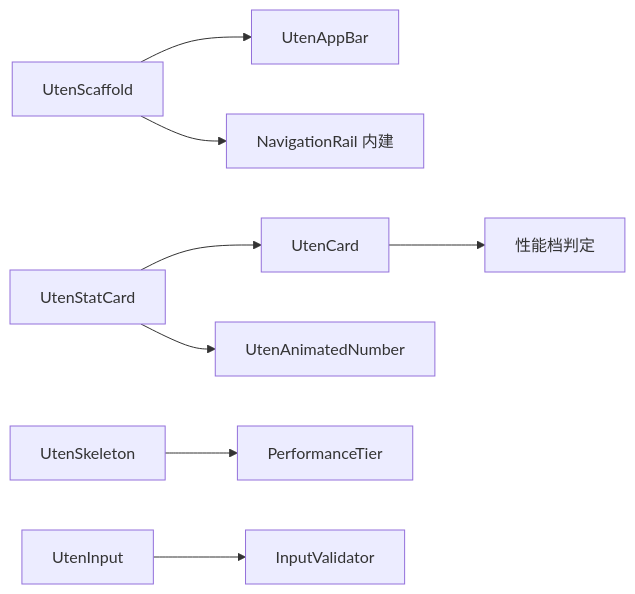
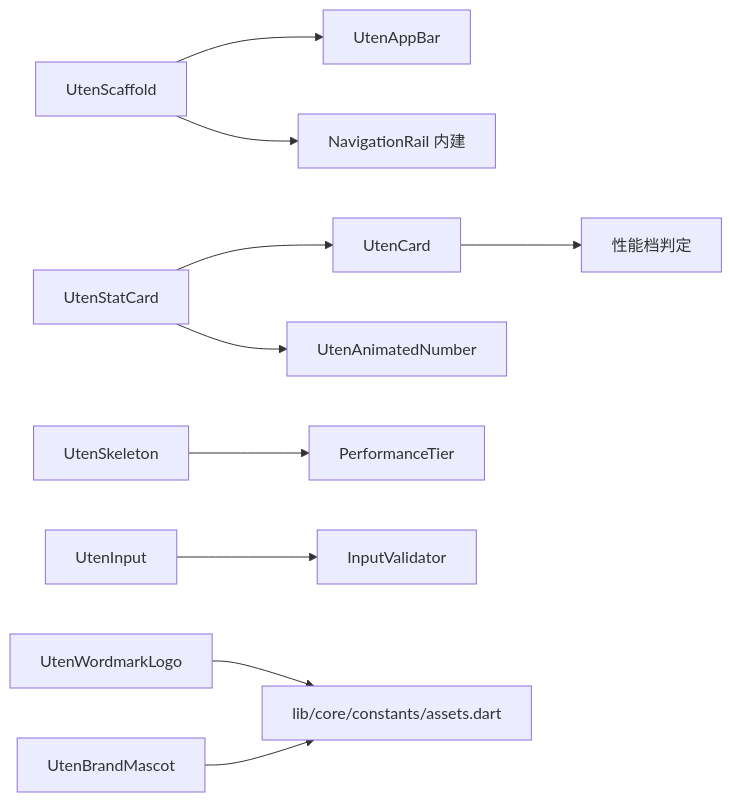
Before and after one commit to BruceChu0424/utenelec_imp: the diagram in docs/02-组件库/组件总览.md, drawn with Mermaid. The commit also changed other lines of this file and 28 other files, not shown here.

````diff
--- a/docs/02-组件库/组件总览.md
+++ b/docs/02-组件库/组件总览.md
@@ -163,10 +172,13 @@
 ```mermaid
 graph LR
     UtenScaffold --> UtenAppBar
     UtenScaffold --> UtenNavRail[NavigationRail 内建]
     UtenStatCard --> UtenCard
     UtenStatCard --> UtenAnimatedNumber
     UtenCard --> BackdropFilter[性能档判定]
     UtenSkeleton --> PerformanceTier
     UtenInput --> InputValidator
+
+    UtenWordmarkLogo --> UtenAssets[lib/core/constants/assets.dart]
+    UtenBrandMascot --> UtenAssets
 ```
````
